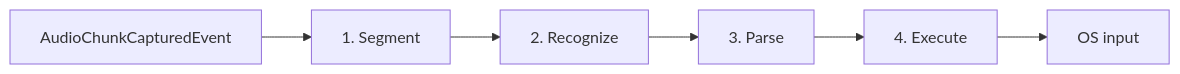
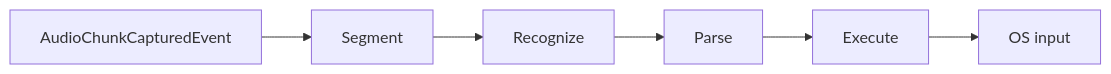
Before and after one commit to rick12000/vocalance: the first of 4 diagrams in docs/developer/features/command_flow.rst, drawn with Mermaid. The commit also changed other lines of this file and 30 other files, not shown here.

```diff
--- a/docs/developer/features/command_flow.rst
+++ b/docs/developer/features/command_flow.rst
@@ -18,8 +24,8 @@
 .. mermaid::
 
    flowchart LR
-       Chunks[AudioChunkCapturedEvent] --> S1[1. Segment]
-       S1 --> S2[2. Recognize]
-       S2 --> S3[3. Parse]
-       S3 --> S4[4. Execute]
+       Chunks[AudioChunkCapturedEvent] --> S1[Segment]
+       S1 --> S2[Recognize]
+       S2 --> S3[Parse]
+       S3 --> S4[Execute]
        S4 --> OS[OS input]
```
